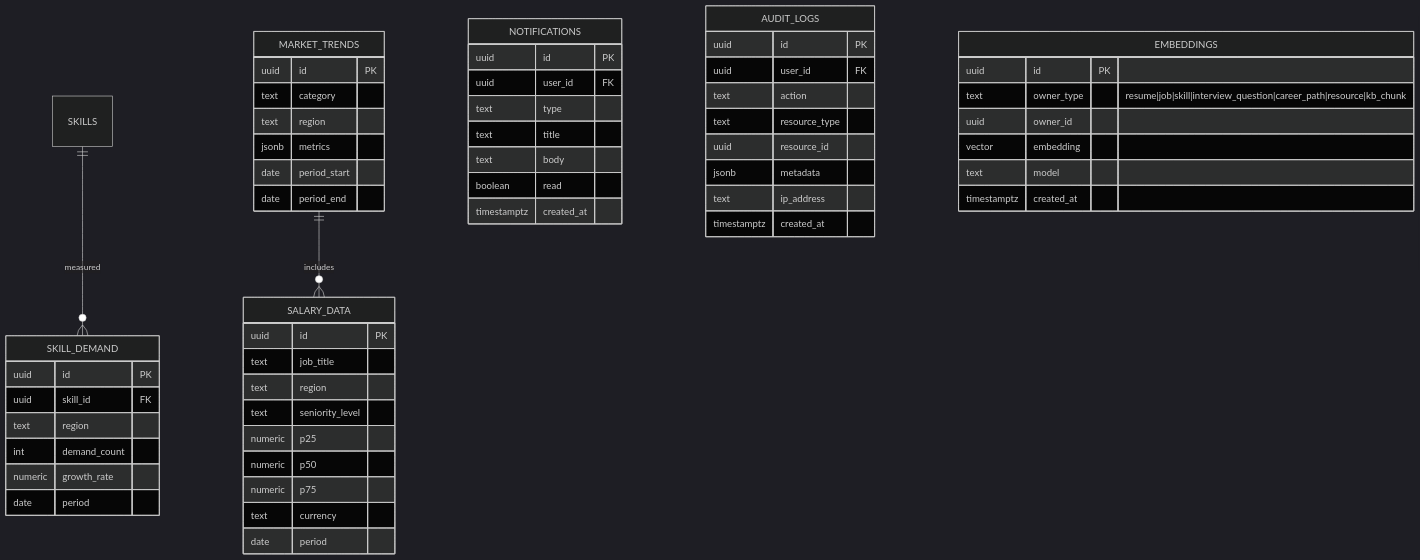
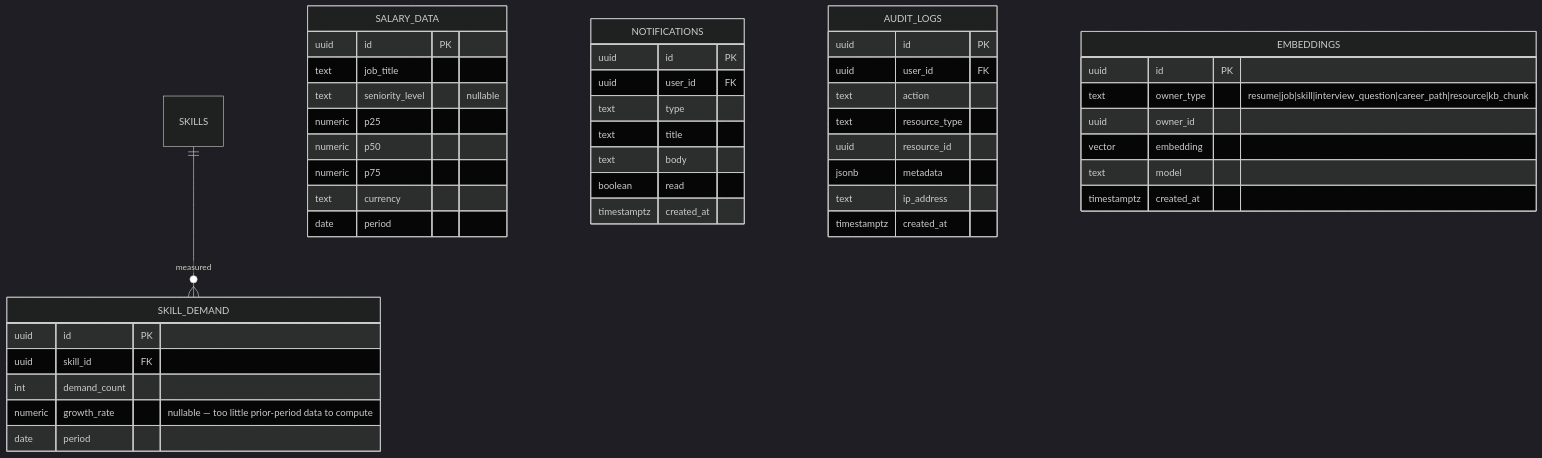
The fifth of 7 diagrams in docs/DATABASE.md (ArhamMinhas/CareerAI), drawn with Mermaid (dark theme) before and after one commit. The commit also changed other lines of this file and 17 other files, not shown here.

````diff
--- a/docs/DATABASE.md
+++ b/docs/DATABASE.md
@@ -395,60 +395,49 @@
 ```mermaid
 erDiagram
     SKILLS ||--o{ SKILL_DEMAND : measured
-    MARKET_TRENDS ||--o{ SALARY_DATA : includes
 
-    MARKET_TRENDS {
-        uuid id PK
-        text category
-        text region
-        jsonb metrics
-        date period_start
-        date period_end
-    }
     SKILL_DEMAND {
         uuid id PK
         uuid skill_id FK
-        text region
         int demand_count
-        numeric growth_rate
+        numeric growth_rate "nullable — too little prior-period data to compute"
         date period
     }
     SALARY_DATA {
         uuid id PK
         text job_title
-        text region
-        text seniority_level
+        text seniority_level "nullable"
         numeric p25
         numeric p50
         numeric p75
         text currency
         date period
     }
     NOTIFICATIONS {
         uuid id PK
         uuid user_id FK
         text type
         text title
         text body
         boolean read
         timestamptz created_at
     }
     AUDIT_LOGS {
         uuid id PK
         uuid user_id FK
         text action
         text resource_type
         uuid resource_id
         jsonb metadata
         text ip_address
         timestamptz created_at
     }
     EMBEDDINGS {
         uuid id PK
         text owner_type "resume|job|skill|interview_question|career_path|resource|kb_chunk"
         uuid owner_id
         vector embedding
         text model
         timestamptz created_at
     }
 ```
````
